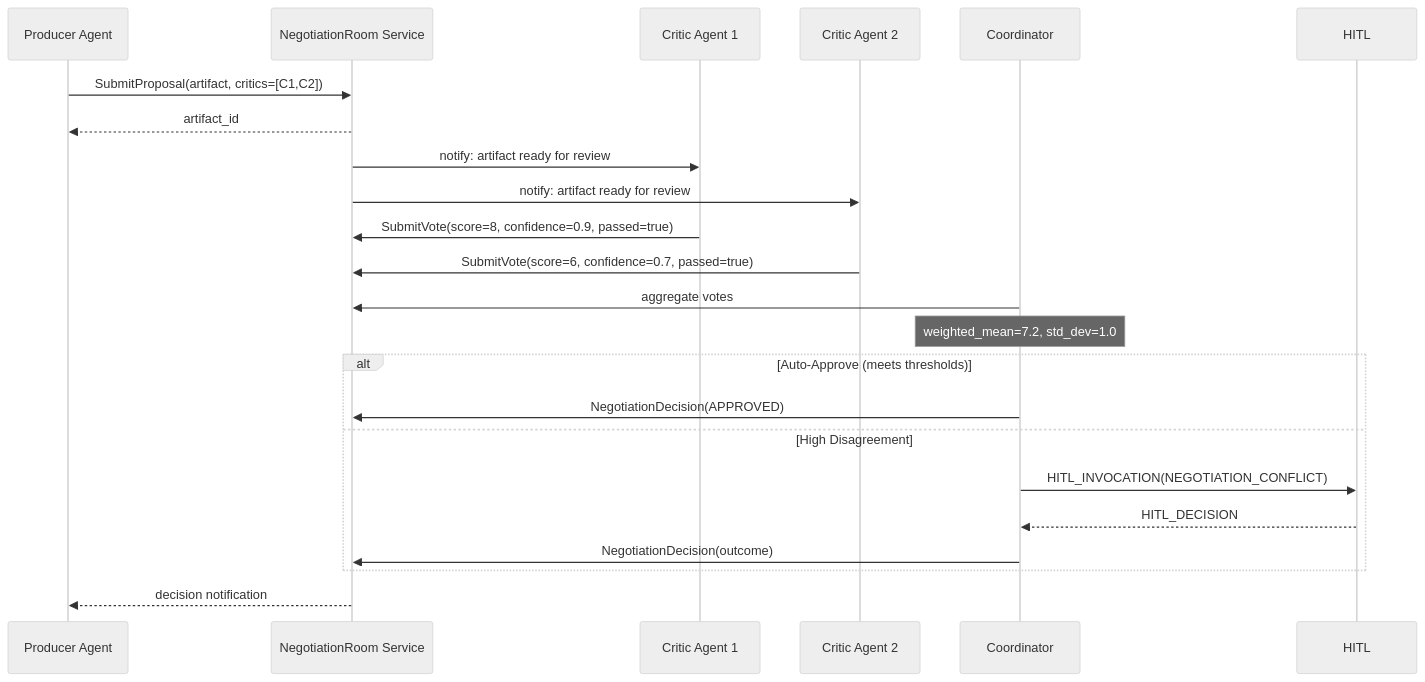
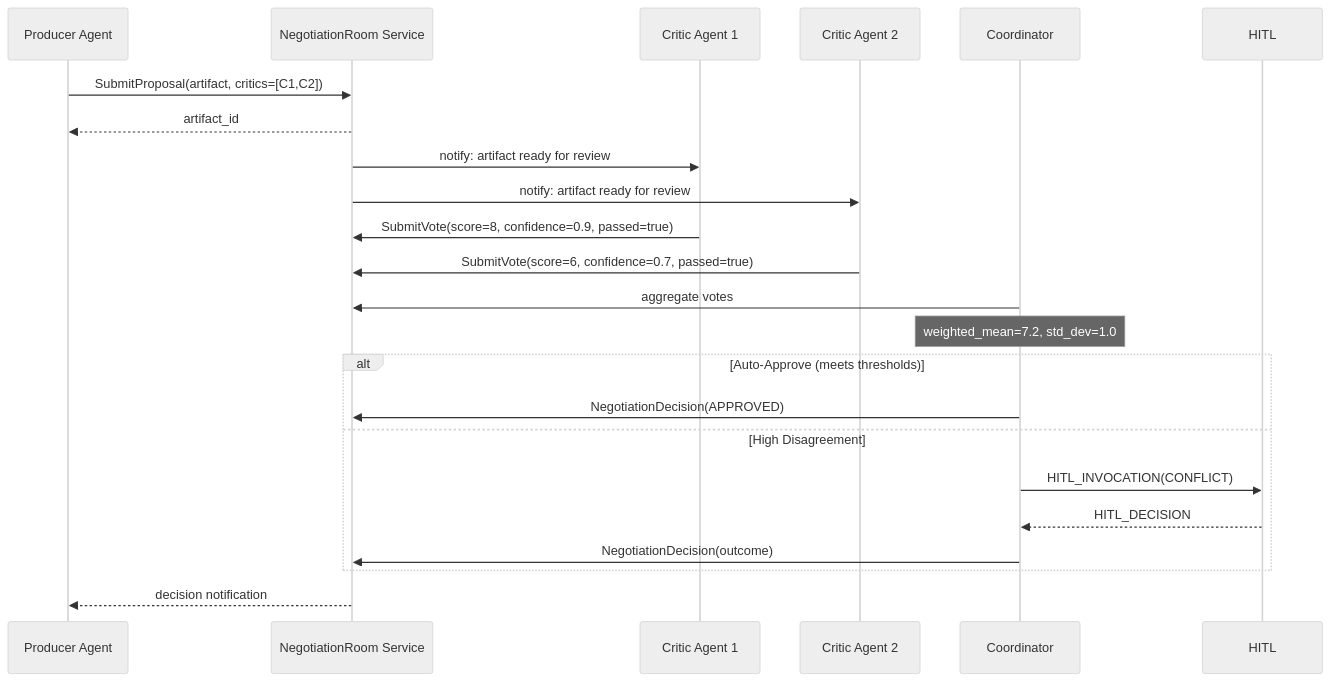
One commit to rahulrajaram/sw4rm changed diagram 15 of 17 in documentation/protocol/spec.md. Above: the diagram before and after it, drawn with Mermaid (neutral theme). The commit also changed other lines of this file and 59 other files, not shown here.

````diff
--- a/documentation/protocol/spec.md
+++ b/documentation/protocol/spec.md
@@ -1480,25 +1503,25 @@
 ```mermaid
 sequenceDiagram
     participant P as Producer Agent
     participant NR as NegotiationRoom Service
     participant C1 as Critic Agent 1
     participant C2 as Critic Agent 2
     participant CO as Coordinator
     participant H as HITL
     P->>NR: SubmitProposal(artifact, critics=[C1,C2])
     NR-->>P: artifact_id
     NR->>C1: notify: artifact ready for review
     NR->>C2: notify: artifact ready for review
     C1->>NR: SubmitVote(score=8, confidence=0.9, passed=true)
     C2->>NR: SubmitVote(score=6, confidence=0.7, passed=true)
     CO->>NR: aggregate votes
     Note over CO: weighted_mean=7.2, std_dev=1.0
     alt Auto-Approve (meets thresholds)
         CO->>NR: NegotiationDecision(APPROVED)
     else High Disagreement
-        CO->>H: HITL_INVOCATION(NEGOTIATION_CONFLICT)
+        CO->>H: HITL_INVOCATION(CONFLICT)
         H-->>CO: HITL_DECISION
         CO->>NR: NegotiationDecision(outcome)
     end
     NR-->>P: decision notification
 ```
````
